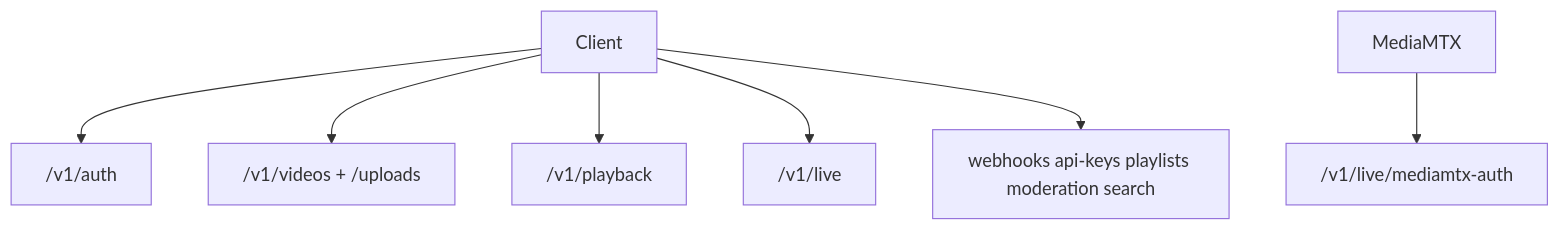
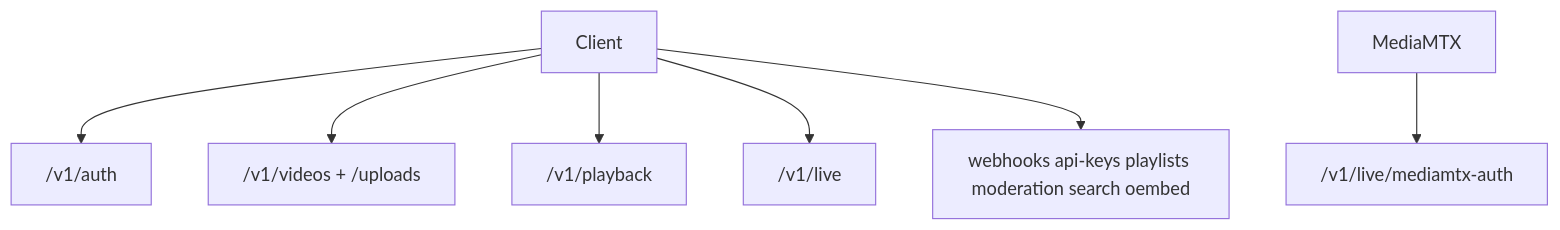
One commit to berki6/onStream changed the diagram in docs/API.md. Above: the diagram before and after it, drawn with Mermaid. The commit also changed other lines of this file and 15 other files, not shown here.

````diff
--- a/docs/API.md
+++ b/docs/API.md
@@ -98,9 +100,9 @@
 ```mermaid
 flowchart TB
   Client --> Auth["/v1/auth"]
   Client --> Videos["/v1/videos + /uploads"]
   Client --> Play["/v1/playback"]
   Client --> Live["/v1/live"]
-  Client --> More["webhooks api-keys playlists moderation search"]
+  Client --> More["webhooks api-keys playlists moderation search oembed"]
   MTX[MediaMTX] --> LiveAuth["/v1/live/mediamtx-auth"]
 ```
````
